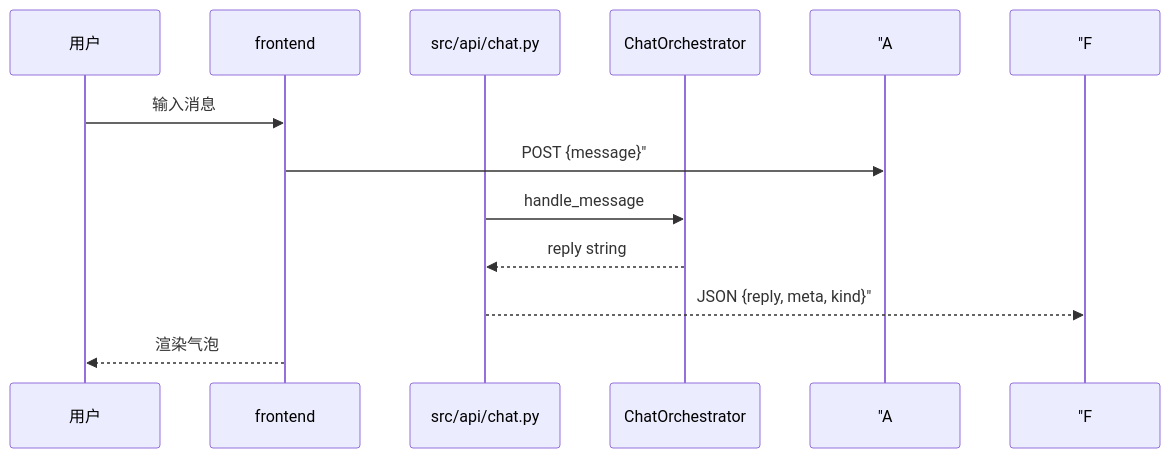
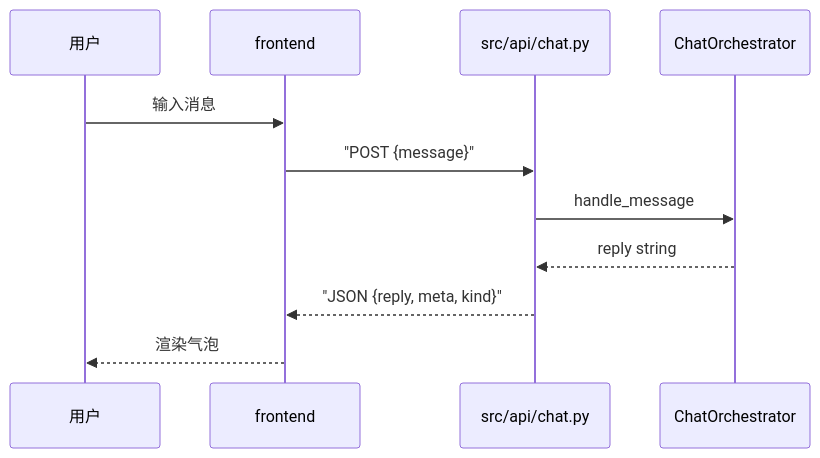
Before and after one commit to ab6539763/70_days_course_plus: the second of 2 diagrams in course/day22/27_Day23_FastAPI预习.md, drawn with Mermaid. The commit also changed 80 other files, not shown here.

First line of the commit message:
fix(course): 修复 Mermaid 图表渲染报错 + 同步嵌入代码快照

````diff
--- a/course/day22/27_Day23_FastAPI预习.md
+++ b/course/day22/27_Day23_FastAPI预习.md
@@ -150,14 +150,14 @@
 ```mermaid
 sequenceDiagram
     participant U as 用户
     participant F as frontend
     participant A as src/api/chat.py
     participant O as ChatOrchestrator
 
     U->>F: 输入消息
-    F->> "A: POST {message}"
+    F->>A: "POST {message}"
     A->>O: handle_message
     O-->>A: reply string
-    A-->> "F: JSON {reply, meta, kind}"
+    A-->>F: "JSON {reply, meta, kind}"
     F-->>U: 渲染气泡
 ```
````
